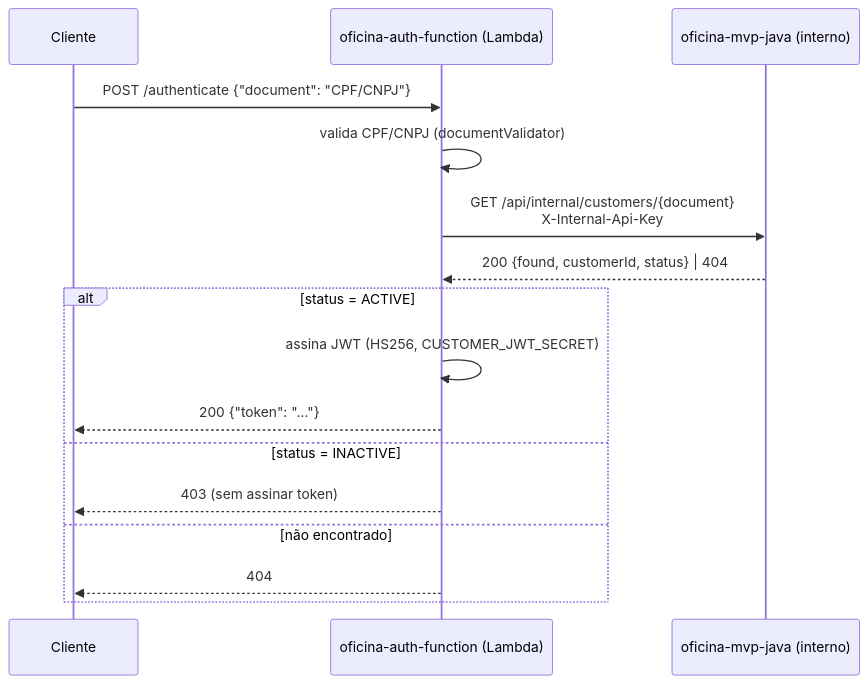
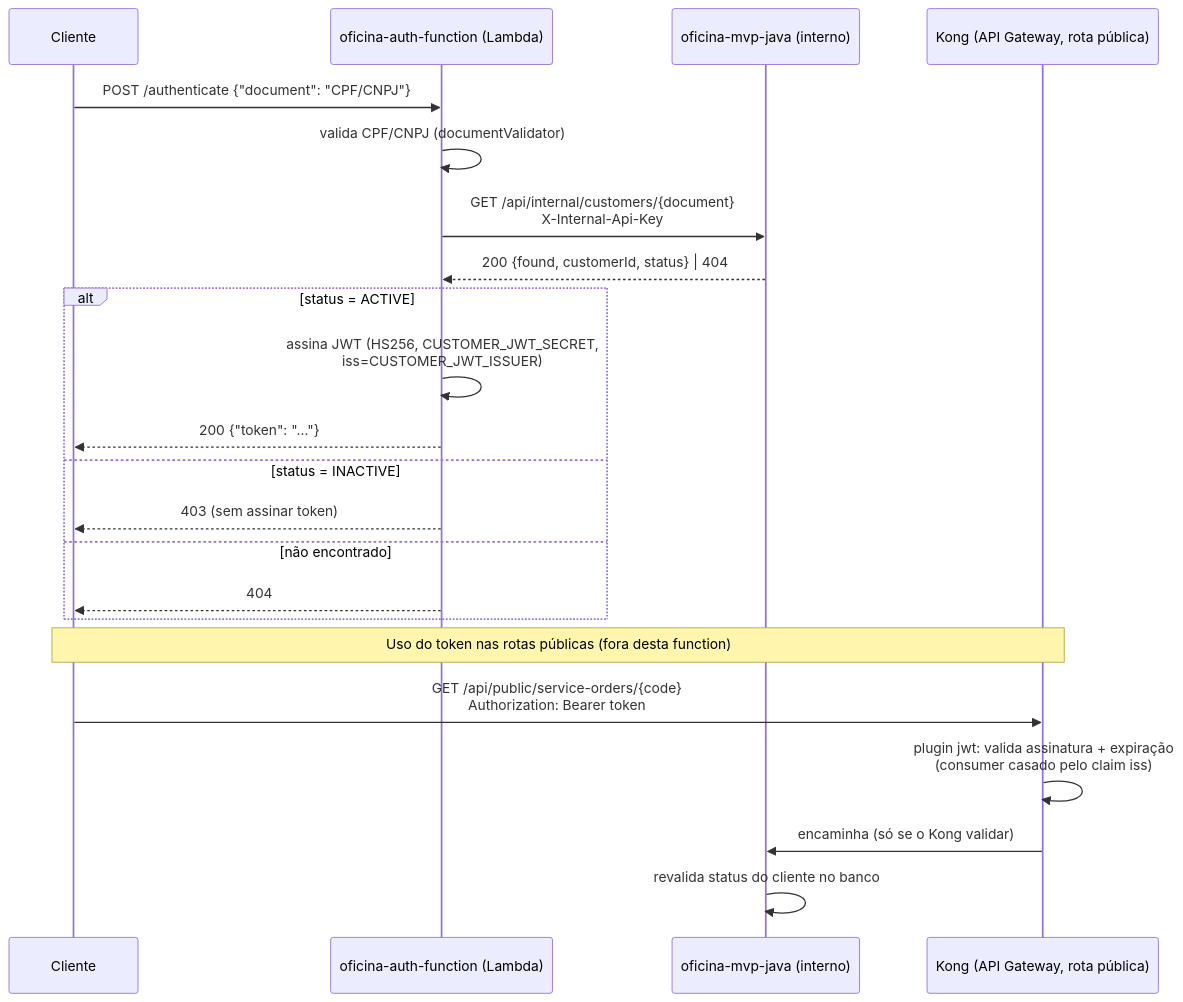
One commit to lukebria/oficina-auth-function changed the diagram in README.md. Above: the diagram before and after it, drawn with Mermaid. The commit also changed other lines of this file and 7 other files, not shown here.

First line of the commit message:
Adiciona claim iss ao JWT para validacao tambem pelo Kong (ADR-006)

````diff
--- a/README.md
+++ b/README.md
@@ -42,19 +42,26 @@
 ```mermaid
 sequenceDiagram
     participant Cliente
     participant Function as oficina-auth-function (Lambda)
     participant Backend as oficina-mvp-java (interno)
+    participant Kong as Kong (API Gateway, rota pública)
 
     Cliente->>Function: POST /authenticate {"document": "CPF/CNPJ"}
     Function->>Function: valida CPF/CNPJ (documentValidator)
     Function->>Backend: GET /api/internal/customers/{document}<br/>X-Internal-Api-Key
     Backend-->>Function: 200 {found, customerId, status} | 404
     alt status = ACTIVE
-        Function->>Function: assina JWT (HS256, CUSTOMER_JWT_SECRET)
+        Function->>Function: assina JWT (HS256, CUSTOMER_JWT_SECRET,<br/>iss=CUSTOMER_JWT_ISSUER)
         Function-->>Cliente: 200 {"token": "..."}
     else status = INACTIVE
         Function-->>Cliente: 403 (sem assinar token)
     else não encontrado
         Function-->>Cliente: 404
     end
+
+    Note over Cliente,Kong: Uso do token nas rotas públicas (fora desta function)
+    Cliente->>Kong: GET /api/public/service-orders/{code}<br/>Authorization: Bearer token
+    Kong->>Kong: plugin jwt: valida assinatura + expiração<br/>(consumer casado pelo claim iss)
+    Kong->>Backend: encaminha (só se o Kong validar)
+    Backend->>Backend: revalida status do cliente no banco
 ```
````
